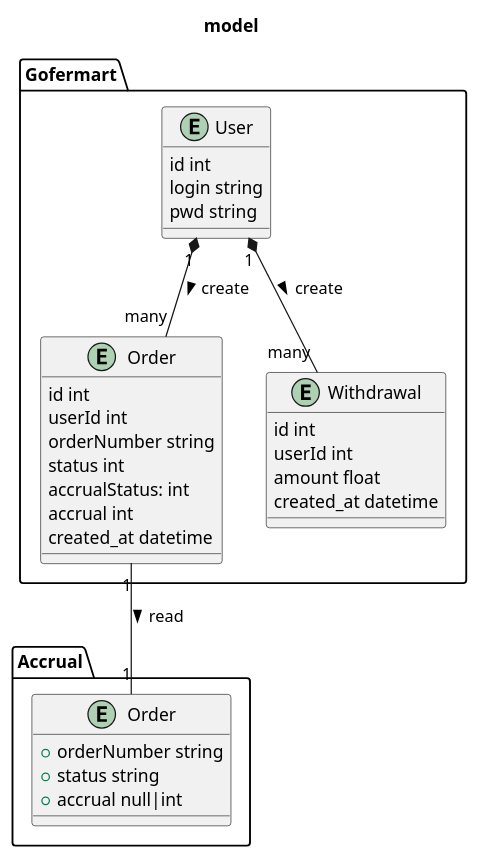
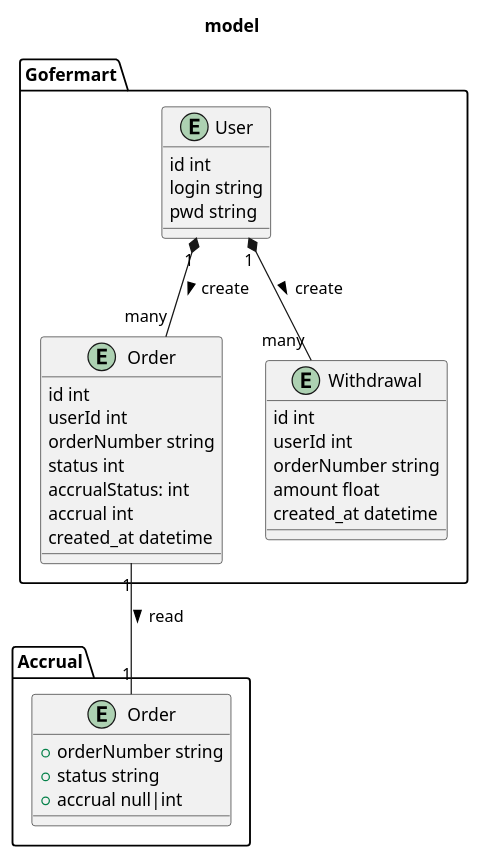
The second of 3 diagrams in DRAFT.md (smamykin/gofermart), drawn with PlantUML before and after one commit. The commit also changed 4 other files, not shown here.

````diff
--- a/DRAFT.md
+++ b/DRAFT.md
@@ -49,54 +49,55 @@
 ```puml
 @startuml
 
 title model
 namespace Gofermart {
     entity "User" as U {
         id int
         login string
         pwd string
     }
     entity "Order" as O1 {
         id int
         userId int
         orderNumber string
         status int
         accrualStatus: int
         accrual int
         created_at datetime
     }
 '    entity "BalanceAction" as BA {
 '        value uint
 '        type int (enum: \n\
 '        1 = пополнение на основе\n\
 '        добавление заказа;\n\
 '        2 = списание по инициативе\n\
 '        пользователя.\n)
 '        orderId int (default = 0 - нет заказа)
 '    }
     
     entity "Withdrawal" as W {
         id int
         userId int
+        orderNumber string
         amount float
         created_at datetime
     }
 }
 
 namespace Accrual {
     entity "Order" as O2 {
         + orderNumber string
         + status string
         + accrual null|int
     }
 }
 
 U "1" *-d- "many" O1 : create >
 'U "1" *-d- "many" BA : read >
 'O1 "1" -l- "1" BA : add >
 U "1" *-d- "many" W : create >
 
 O1 "1"--"1" O2 : read >
 
 @enduml
 ```
````
